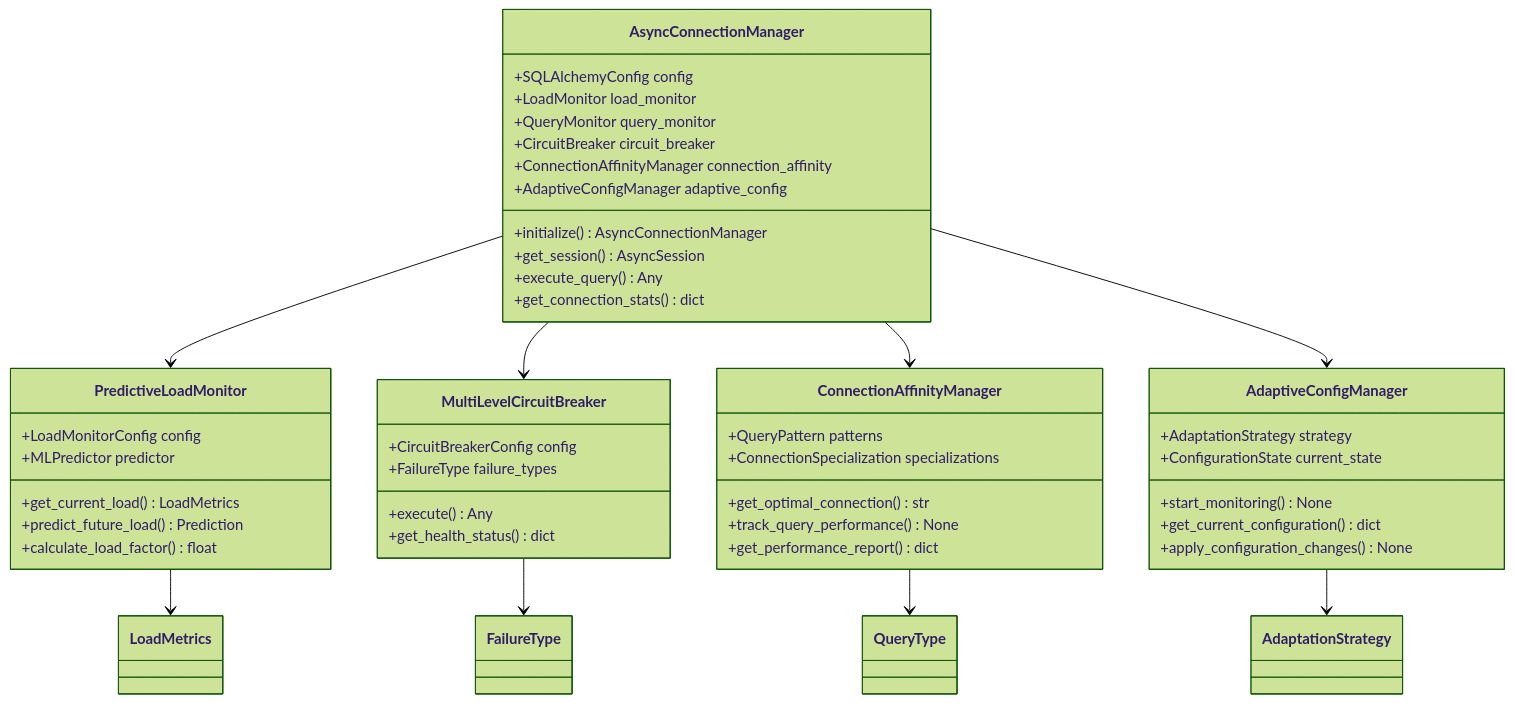
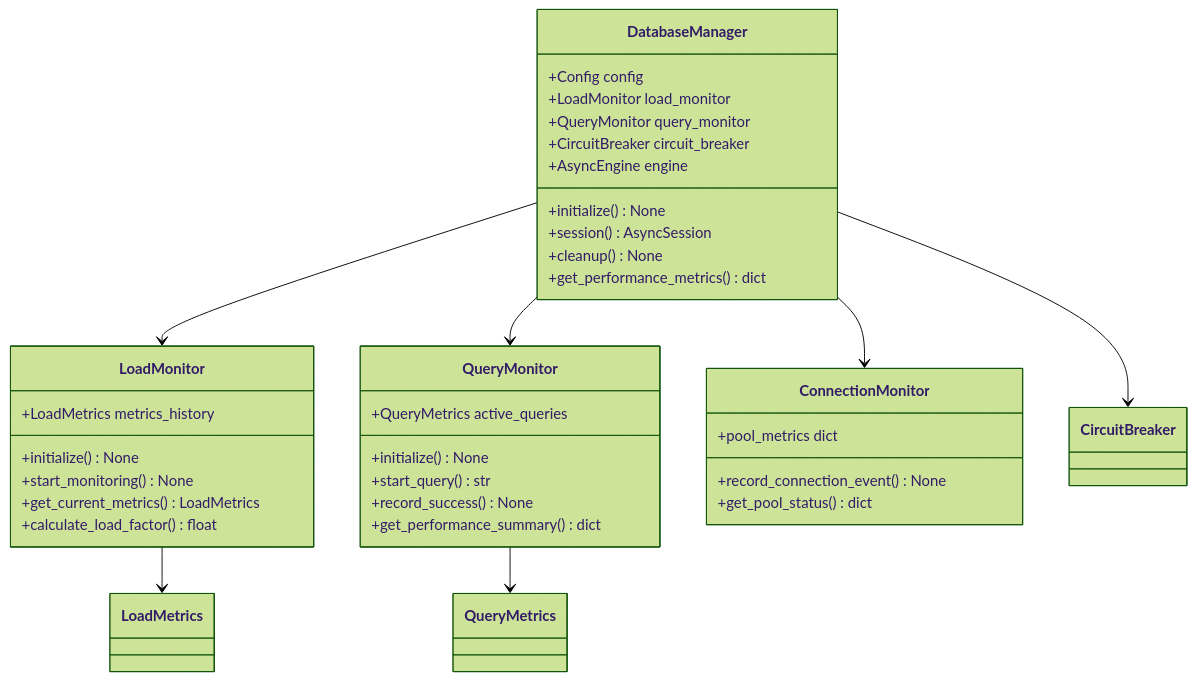
The first of 2 diagrams in docs/developers/database-connection-pool-technical-reference.md (BjornMelin/ai-docs-vector-db-hybrid-scraper), drawn with Mermaid (forest theme) before and after one commit. The commit also changed other lines of this file and 781 other files, not shown here.

````diff
--- a/docs/developers/database-connection-pool-technical-reference.md
+++ b/docs/developers/database-connection-pool-technical-reference.md
@@ -14,56 +24,44 @@
 ```mermaid
 classDiagram
-    class AsyncConnectionManager {
-        +SQLAlchemyConfig config
+    class DatabaseManager {
+        +Config config
         +LoadMonitor load_monitor
         +QueryMonitor query_monitor
         +CircuitBreaker circuit_breaker
-        +ConnectionAffinityManager connection_affinity
-        +AdaptiveConfigManager adaptive_config
-        +initialize() AsyncConnectionManager
-        +get_session() AsyncSession
-        +execute_query() Any
-        +get_connection_stats() dict
+        +AsyncEngine engine
+        +initialize() None
+        +session() AsyncSession
+        +cleanup() None
+        +get_performance_metrics() dict
     }
 
-    class PredictiveLoadMonitor {
-        +LoadMonitorConfig config
-        +MLPredictor predictor
-        +get_current_load() LoadMetrics
-        +predict_future_load() Prediction
+    class LoadMonitor {
+        +LoadMetrics metrics_history
+        +initialize() None
+        +start_monitoring() None
+        +get_current_metrics() LoadMetrics
         +calculate_load_factor() float
     }
 
-    class MultiLevelCircuitBreaker {
-        +CircuitBreakerConfig config
-        +FailureType failure_types
-        +execute() Any
-        +get_health_status() dict
+    class QueryMonitor {
+        +QueryMetrics active_queries
+        +initialize() None
+        +start_query() str
+        +record_success() None
+        +get_performance_summary() dict
     }
 
-    class ConnectionAffinityManager {
-        +QueryPattern patterns
-        +ConnectionSpecialization specializations
-        +get_optimal_connection() str
-        +track_query_performance() None
-        +get_performance_report() dict
+    class ConnectionMonitor {
+        +pool_metrics dict
+        +record_connection_event() None
+        +get_pool_status() dict
     }
 
-    class AdaptiveConfigManager {
-        +AdaptationStrategy strategy
-        +ConfigurationState current_state
-        +start_monitoring() None
-        +get_current_configuration() dict
-        +apply_configuration_changes() None
-    }
+    DatabaseManager --> LoadMonitor
+    DatabaseManager --> QueryMonitor
+    DatabaseManager --> ConnectionMonitor
+    DatabaseManager --> CircuitBreaker
 
-    AsyncConnectionManager --> PredictiveLoadMonitor
-    AsyncConnectionManager --> MultiLevelCircuitBreaker
-    AsyncConnectionManager --> ConnectionAffinityManager
-    AsyncConnectionManager --> AdaptiveConfigManager
-
-    PredictiveLoadMonitor --> LoadMetrics
-    MultiLevelCircuitBreaker --> FailureType
-    ConnectionAffinityManager --> QueryType
-    AdaptiveConfigManager --> AdaptationStrategy
+    LoadMonitor --> LoadMetrics
+    QueryMonitor --> QueryMetrics
 ```
````
